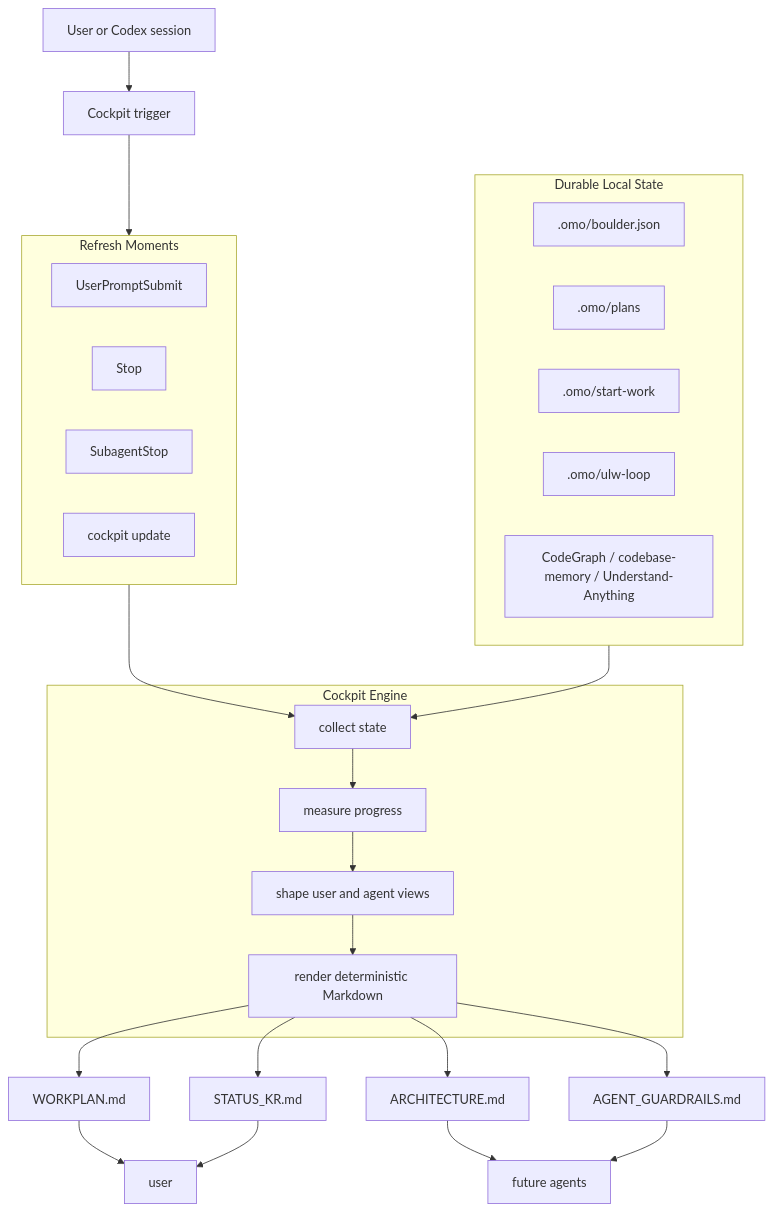
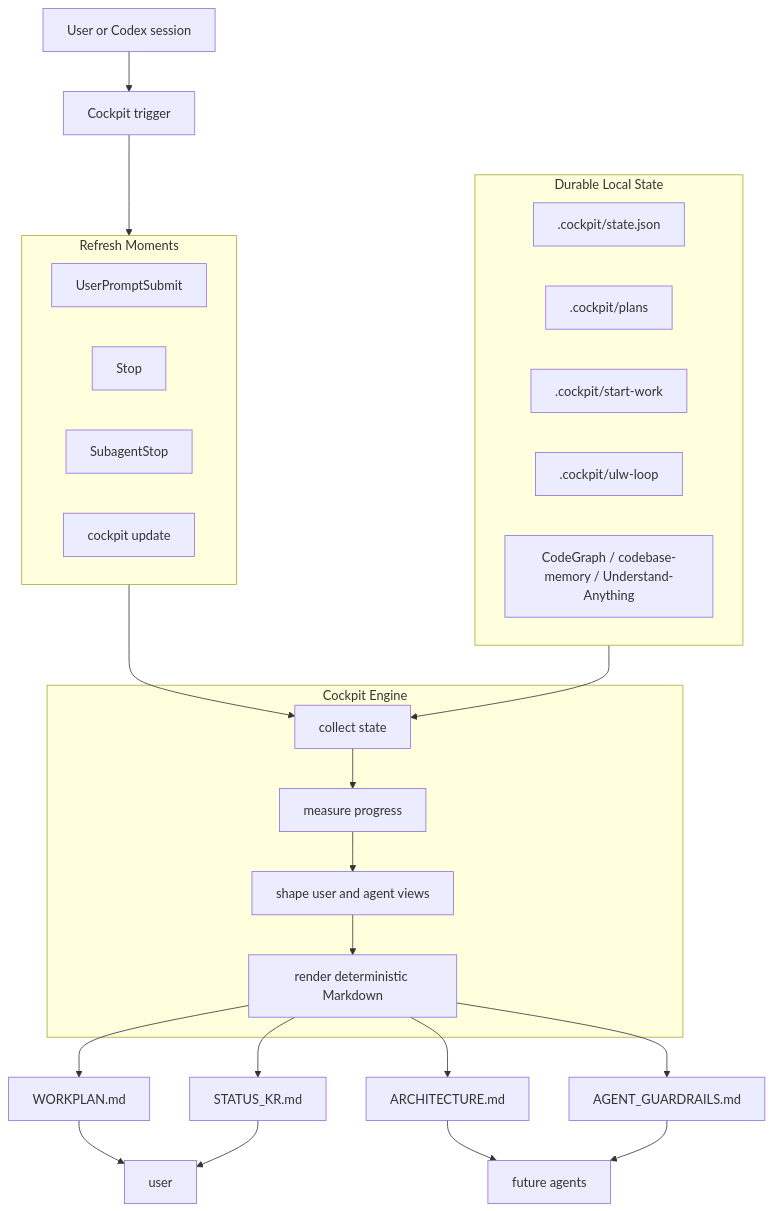
Before and after one commit to foxion37/cockpit: the diagram in README.md, drawn with Mermaid. The commit also changed other lines of this file and 13 other files, not shown here.

````diff
--- a/README.md
+++ b/README.md
@@ -78,44 +78,44 @@
 ```mermaid
 flowchart TB
     Session["User or Codex session"] --> Trigger["Cockpit trigger"]
 
     subgraph Triggers["Refresh Moments"]
         Prompt["UserPromptSubmit"]
         Stop["Stop"]
         Subagent["SubagentStop"]
         Manual["cockpit update"]
     end
 
     Trigger --> Triggers
 
     subgraph Sources["Durable Local State"]
-        Boulder[".omo/boulder.json"]
-        Plans[".omo/plans"]
-        StartWork[".omo/start-work"]
-        UlwLoop[".omo/ulw-loop"]
+        StateFile[".cockpit/state.json"]
+        Plans[".cockpit/plans"]
+        StartWork[".cockpit/start-work"]
+        UlwLoop[".cockpit/ulw-loop"]
         GraphSources["CodeGraph / codebase-memory / Understand-Anything"]
     end
 
     subgraph Engine["Cockpit Engine"]
         Collect["collect state"]
         Measure["measure progress"]
         Shape["shape user and agent views"]
         Render["render deterministic Markdown"]
     end
 
     Triggers --> Collect
     Sources --> Collect
     Collect --> Measure
     Measure --> Shape
     Shape --> Render
 
     Render --> Workplan["WORKPLAN.md"]
     Render --> Architecture["ARCHITECTURE.md"]
     Render --> StatusKr["STATUS_KR.md"]
     Render --> Guardrails["AGENT_GUARDRAILS.md"]
 
     Workplan --> Reader["user"]
     StatusKr --> Reader
     Architecture --> Agents["future agents"]
     Guardrails --> Agents
 ```
````
